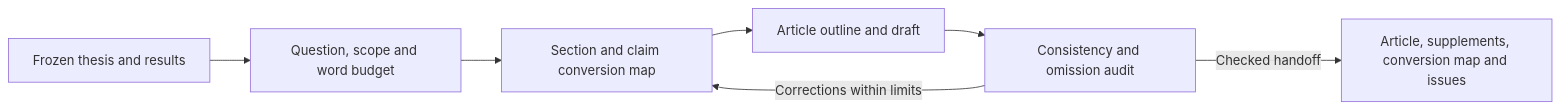
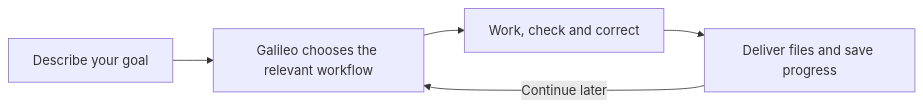
The diagram in README.md (vage88sg1/agentic-research-workflows), drawn with Mermaid before and after one commit. The commit also changed other lines of this file and 11 other files, not shown here.

````diff
--- a/README.md
+++ b/README.md
@@ -372,9 +38,7 @@
 ```mermaid
 flowchart LR
-  A[Frozen thesis and results] --> B[Question, scope and word budget]
-  B --> C[Section and claim conversion map]
-  C --> D[Article outline and draft]
-  D --> E[Consistency and omission audit]
-  E -->|Corrections within limits| C
-  E -->|Checked handoff| F[Article, supplements, conversion map and issues]
+  A[Describe your goal] --> B[Galileo chooses the relevant workflow]
+  B --> C[Work, check and correct]
+  C --> D[Deliver files and save progress]
+  D -->|Continue later| B
 ```
````
